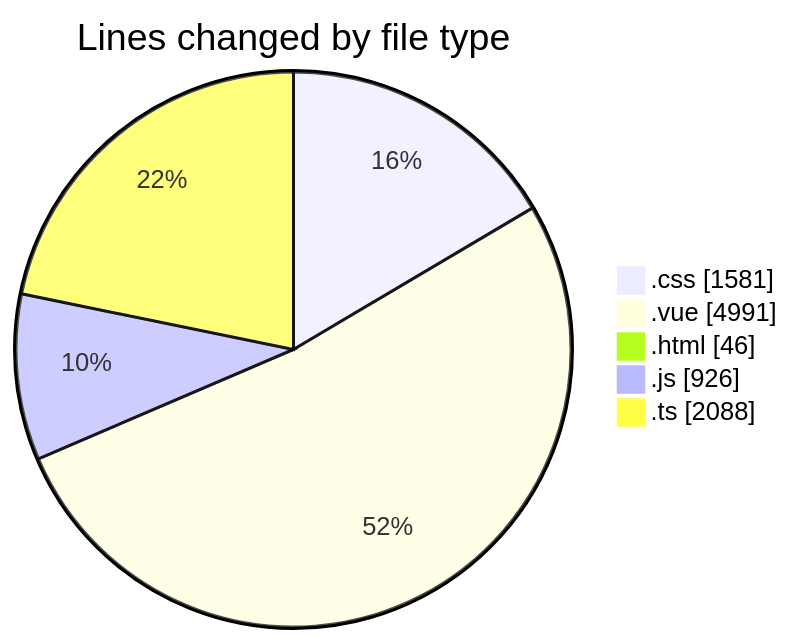
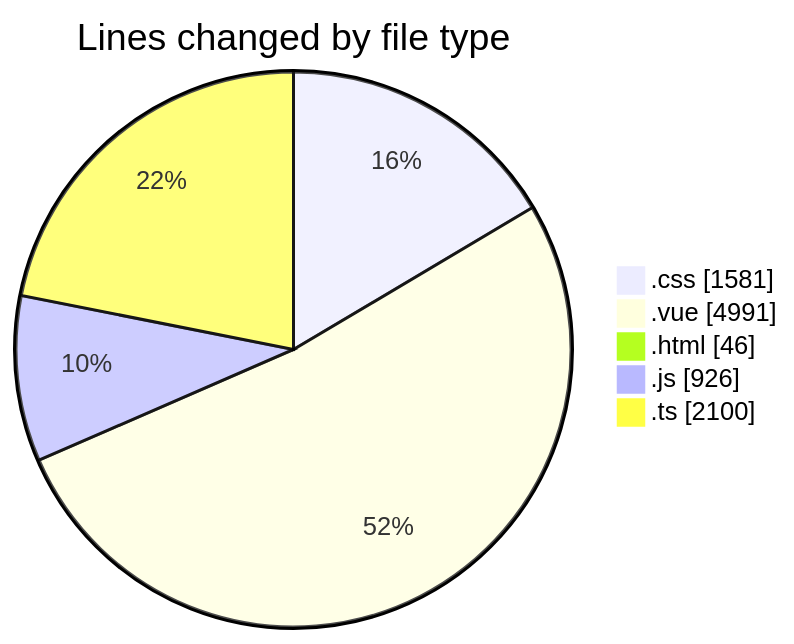
The first of 2 diagrams in 2025-08-18/rentotp/README.md (lephambinh05/code-tracking), drawn with Mermaid before and after one commit. The commit also changed other lines of this file and 1 other file, not shown here.

````diff
--- a/2025-08-18/rentotp/README.md
+++ b/2025-08-18/rentotp/README.md
@@ -51,9 +51,9 @@
 ```mermaid
 pie showData
 title Lines changed by file type
 ".css" : 1581
 ".vue" : 4991
 ".html" : 46
 ".js" : 926
-".ts" : 2088
+".ts" : 2100
 ```
````
